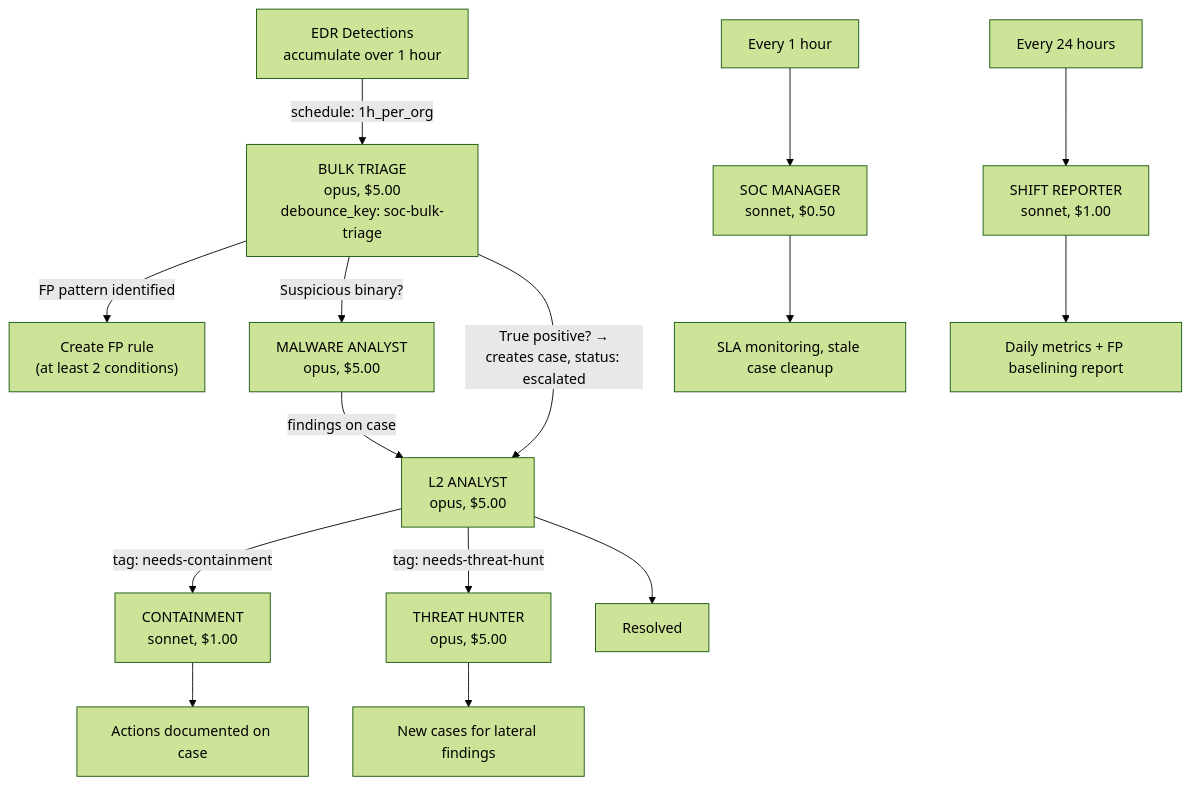
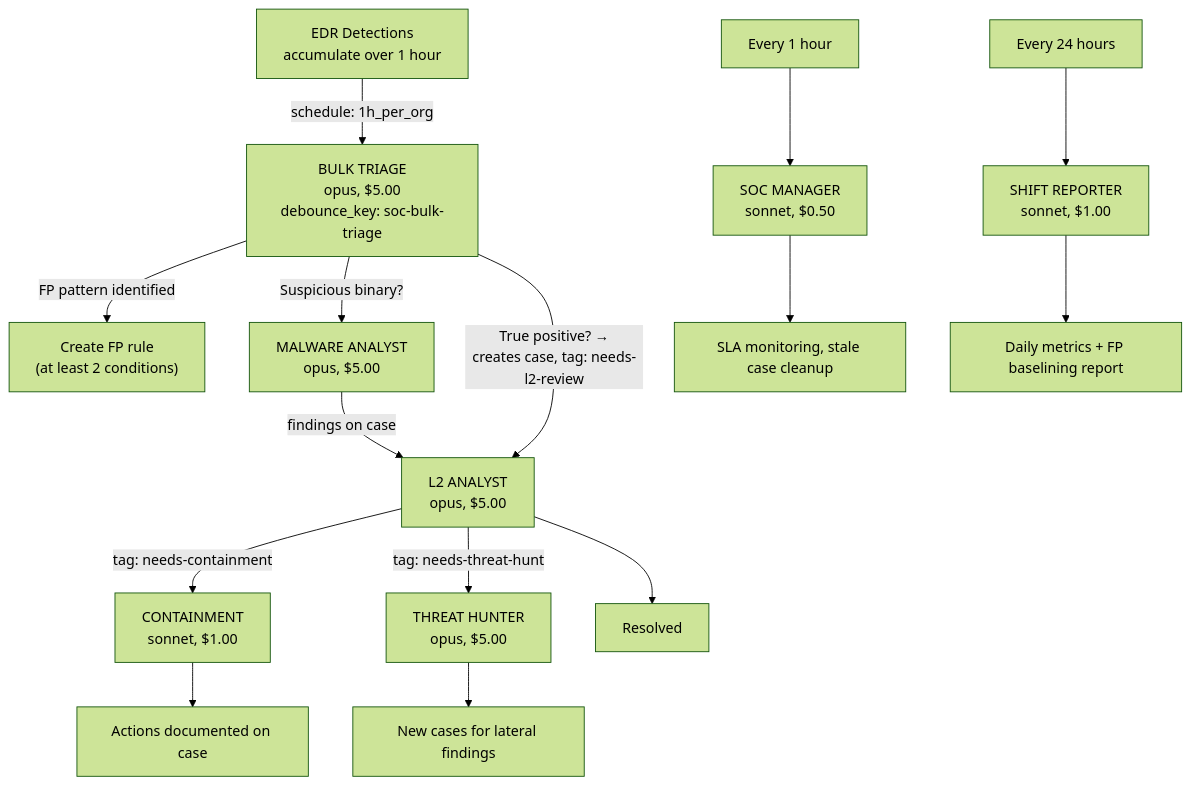
Before and after one commit to refractionPOINT/lc-ai: the diagram in lc-soc/baselining-soc/README.md, drawn with Mermaid (forest theme). The commit also changed other lines of this file and 46 other files, not shown here.

First line of the commit message:
Fix case CLI flags and remove dead escalated status across all agents

````diff
--- a/lc-soc/baselining-soc/README.md
+++ b/lc-soc/baselining-soc/README.md
@@ -7,18 +7,18 @@
 ```mermaid
 flowchart TD
     det["EDR Detections<br/>accumulate over 1 hour"] -->|"schedule: 1h_per_org"| bulk["BULK TRIAGE<br/>opus, $5.00<br/>debounce_key: soc-bulk-triage"]
     bulk -->|FP pattern identified| fprule["Create FP rule<br/>(at least 2 conditions)"]
     bulk -->|Suspicious binary?| malware["MALWARE ANALYST<br/>opus, $5.00"]
     malware -->|findings on case| l2
-    bulk -->|"True positive? →<br/>creates case, status: escalated"| l2["L2 ANALYST<br/>opus, $5.00"]
+    bulk -->|"True positive? →<br/>creates case, tag: needs-l2-review"| l2["L2 ANALYST<br/>opus, $5.00"]
     l2 -->|"tag: needs-containment"| containment["CONTAINMENT<br/>sonnet, $1.00"]
     l2 -->|"tag: needs-threat-hunt"| hunter["THREAT HUNTER<br/>opus, $5.00"]
     l2 --> resolved[Resolved]
     containment --> containActions[Actions documented on case]
     hunter --> newCases[New cases for lateral findings]
 
     schedule1["Every 1 hour"] --> socmgr["SOC MANAGER<br/>sonnet, $0.50"]
     socmgr --> sla[SLA monitoring, stale case cleanup]
     schedule2["Every 24 hours"] --> shift["SHIFT REPORTER<br/>sonnet, $1.00"]
     shift --> daily["Daily metrics + FP baselining report"]
 ```
````
